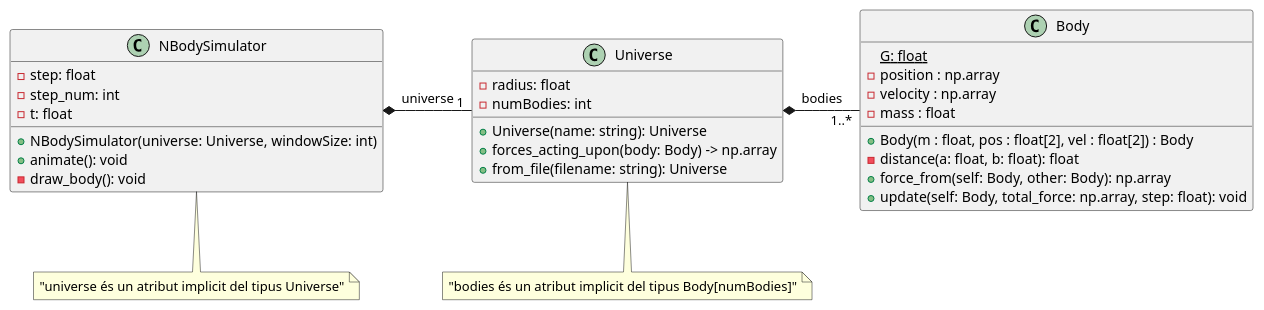
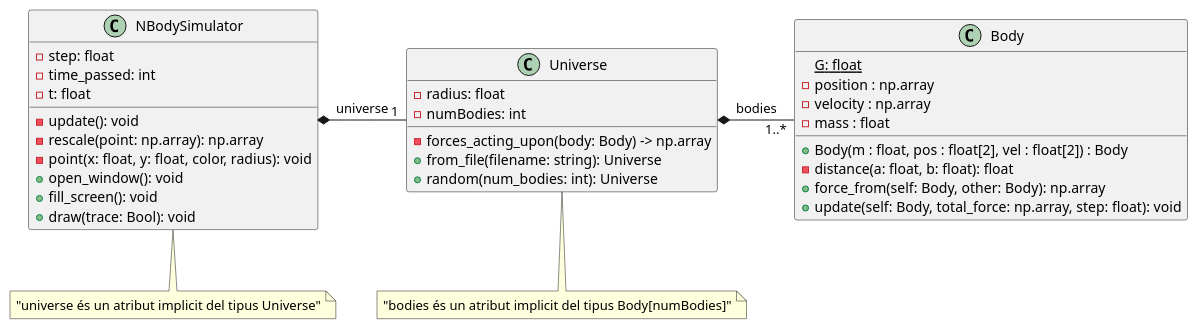
The diagram in Exercicis/Exercici 1/main.puml (NIU1752648/POO), drawn with PlantUML before and after one commit.

Commit message:
Exercici 1 retocat uml final de los finales

```diff
--- a/Exercicis/Exercici 1/main.puml
+++ b/Exercicis/Exercici 1/main.puml
@@ -1,37 +1,40 @@
 @startuml
 
 class NBodySimulator {
 -step: float
--step_num: int
+-time_passed: int
 -t: float
-+NBodySimulator(universe: Universe, windowSize: int)
-+animate(): void
--draw_body(): void
+-update(): void
+-rescale(point: np.array): np.array
+-point(x: float, y: float, color, radius): void
++open_window(): void
++fill_screen(): void
++draw(trace: Bool): void
 }
 
 class Universe {
 -radius: float
 -numBodies: int
-+Universe(name: string): Universe
-+forces_acting_upon(body: Body) -> np.array
+-forces_acting_upon(body: Body) -> np.array
 +from_file(filename: string): Universe
++random(num_bodies: int): Universe
 }
 
 class Body {
 {static} G: float
 -position : np.array
 -velocity : np.array
 -mass : float
 +Body(m : float, pos : float[2], vel : float[2]) : Body
 -distance(a: float, b: float): float
 +force_from(self: Body, other: Body): np.array
 +update(self: Body, total_force: np.array, step: float): void
 }
 
 note bottom of NBodySimulator: "universe és un atribut implicit del tipus Universe"
 note bottom of Universe: "bodies és un atribut implicit del tipus Body[numBodies]"
 
 Universe "   1" -left-* NBodySimulator: universe
 Body "1..*" -left-* Universe: bodies
 
 @enduml
```
